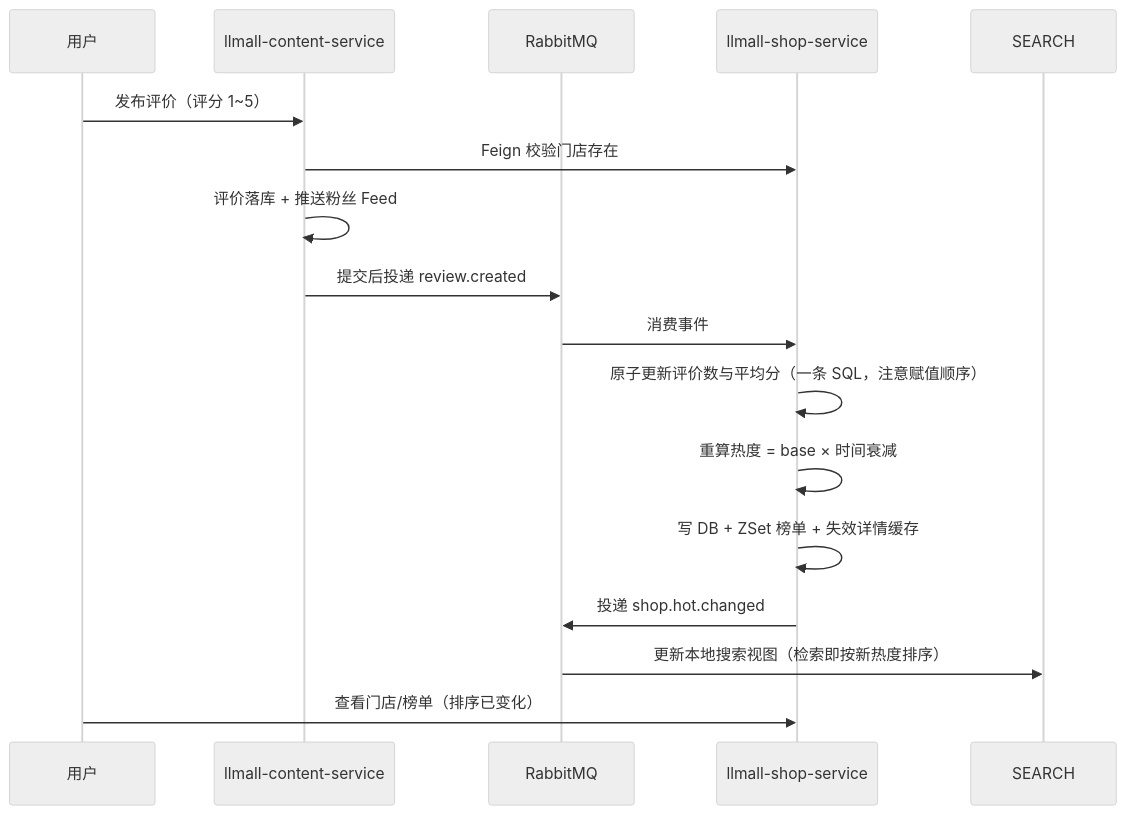
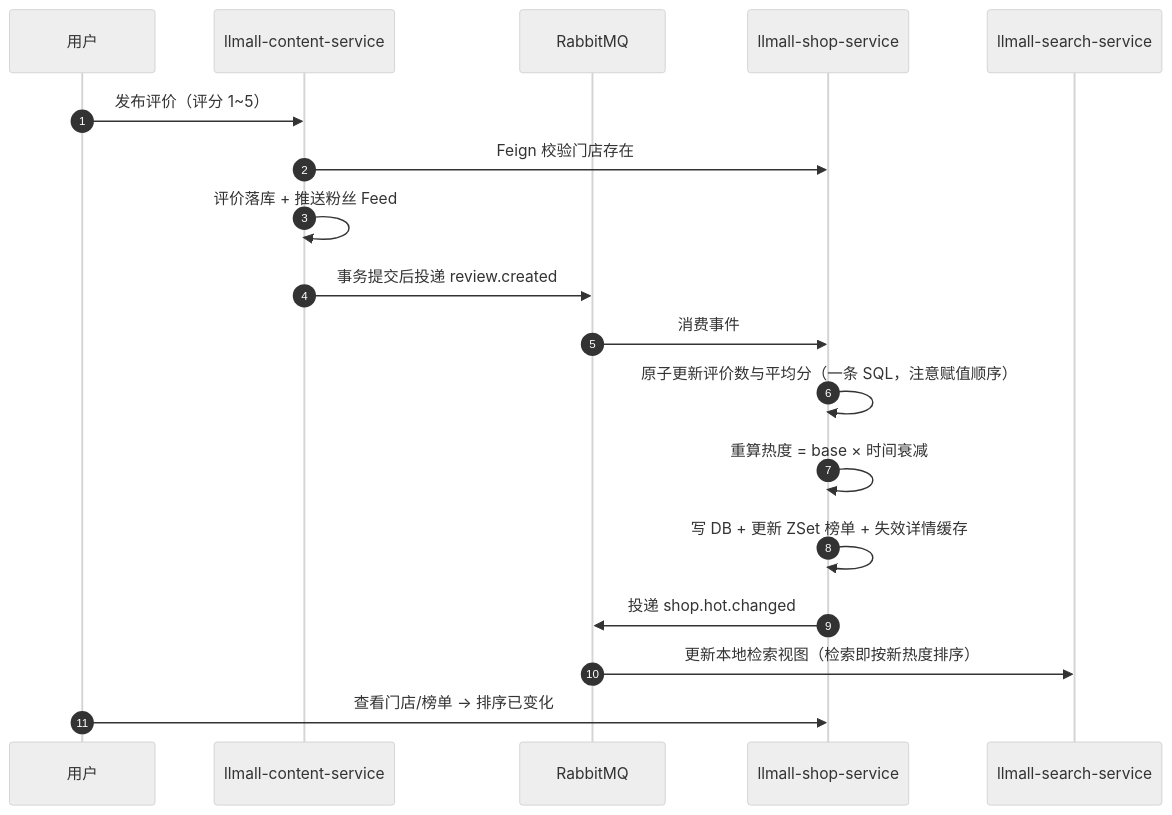
One commit to mortalRain/llmall changed the fourth of 7 diagrams in README.md. Above: the diagram before and after it, drawn with Mermaid (neutral theme). The commit also changed other lines of this file and 2 other files, not shown here.

First line of the commit message:
docs: 重构首页、架构设计与部署规范（图形化 + 事实自洽）

````diff
--- a/README.md
+++ b/README.md
@@ -122,18 +177,21 @@
 ```mermaid
 sequenceDiagram
+    autonumber
     participant U as 用户
     participant CT as llmall-content-service
     participant M as RabbitMQ
     participant SH as llmall-shop-service
+    participant SE as llmall-search-service
+
     U->>CT: 发布评价（评分 1~5）
     CT->>SH: Feign 校验门店存在
     CT->>CT: 评价落库 + 推送粉丝 Feed
-    CT->>M: 提交后投递 review.created
+    CT->>M: 事务提交后投递 review.created
     M->>SH: 消费事件
     SH->>SH: 原子更新评价数与平均分（一条 SQL，注意赋值顺序）
     SH->>SH: 重算热度 = base × 时间衰减
-    SH->>SH: 写 DB + ZSet 榜单 + 失效详情缓存
+    SH->>SH: 写 DB + 更新 ZSet 榜单 + 失效详情缓存
     SH->>M: 投递 shop.hot.changed
-    M->>SEARCH: 更新本地搜索视图（检索即按新热度排序）
-    U->>SH: 查看门店/榜单（排序已变化）
+    M->>SE: 更新本地检索视图（检索即按新热度排序）
+    U->>SH: 查看门店/榜单 → 排序已变化
 ```
````
